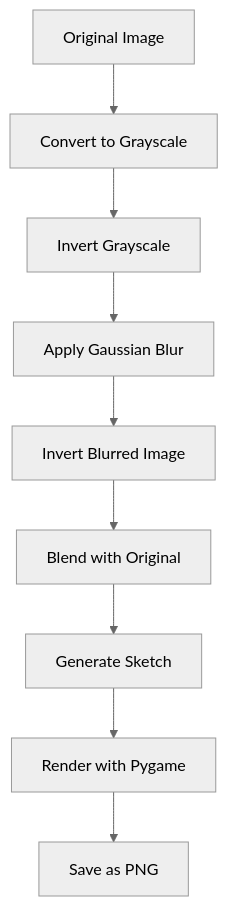
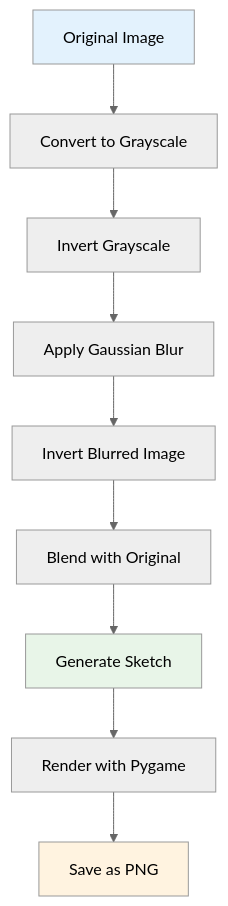
One commit to devtitus/DoodlePic-Project changed the fourth of 4 diagrams in README.md. Above: the diagram before and after it, drawn with Mermaid (neutral theme). The commit also changed other lines of this file and 13 other files, not shown here.

````diff
--- a/README.md
+++ b/README.md
@@ -223,11 +232,15 @@
 ```mermaid
 flowchart TD
     A[Original Image] --> B[Convert to Grayscale]
     B --> C[Invert Grayscale]
     C --> D[Apply Gaussian Blur]
     D --> E[Invert Blurred Image]
     E --> F[Blend with Original]
     F --> G[Generate Sketch]
     G --> H[Render with Pygame]
     H --> I[Save as PNG]
+
+    style A fill:#e3f2fd
+    style G fill:#e8f5e8
+    style I fill:#fff3e0
 ```
````
